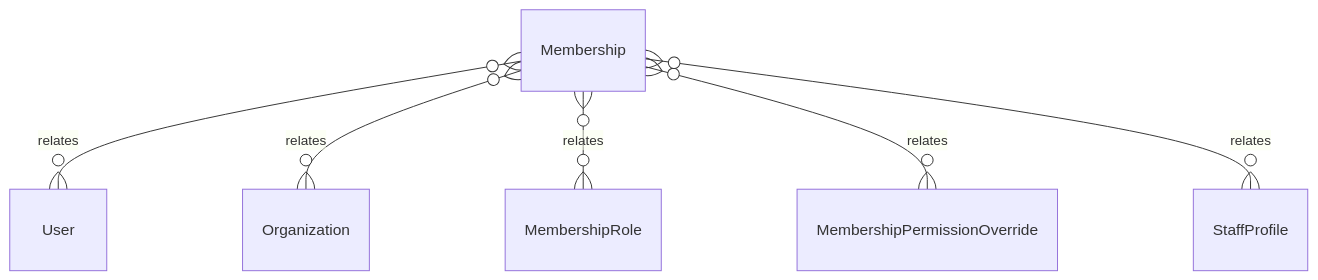
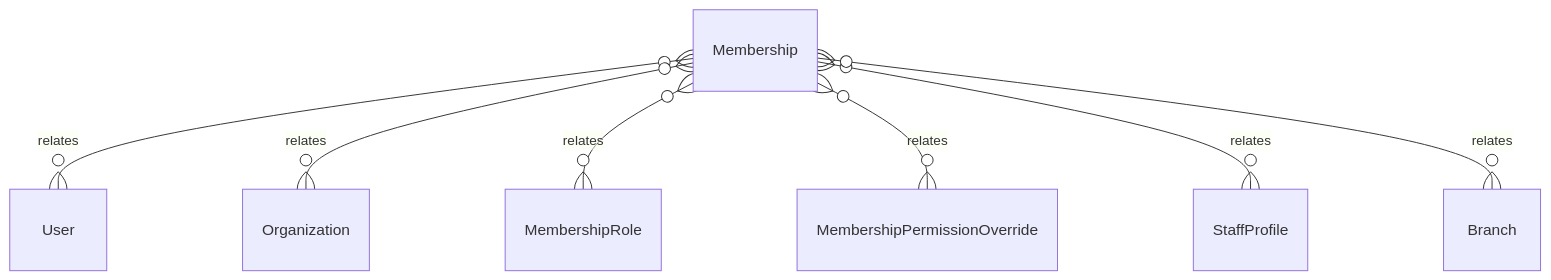
Before and after one commit to tejasnirala/rcln: the diagram in .kb/Database/Membership.md, drawn with Mermaid. The commit also changed other lines of this file and 274 other files, not shown here.

````diff
--- a/.kb/Database/Membership.md
+++ b/.kb/Database/Membership.md
@@ -46,8 +48,9 @@
 ```mermaid
 erDiagram
     Membership }o--o{ User : relates
     Membership }o--o{ Organization : relates
     Membership }o--o{ MembershipRole : relates
     Membership }o--o{ MembershipPermissionOverride : relates
     Membership }o--o{ StaffProfile : relates
+    Membership }o--o{ Branch : relates
 ```
````
